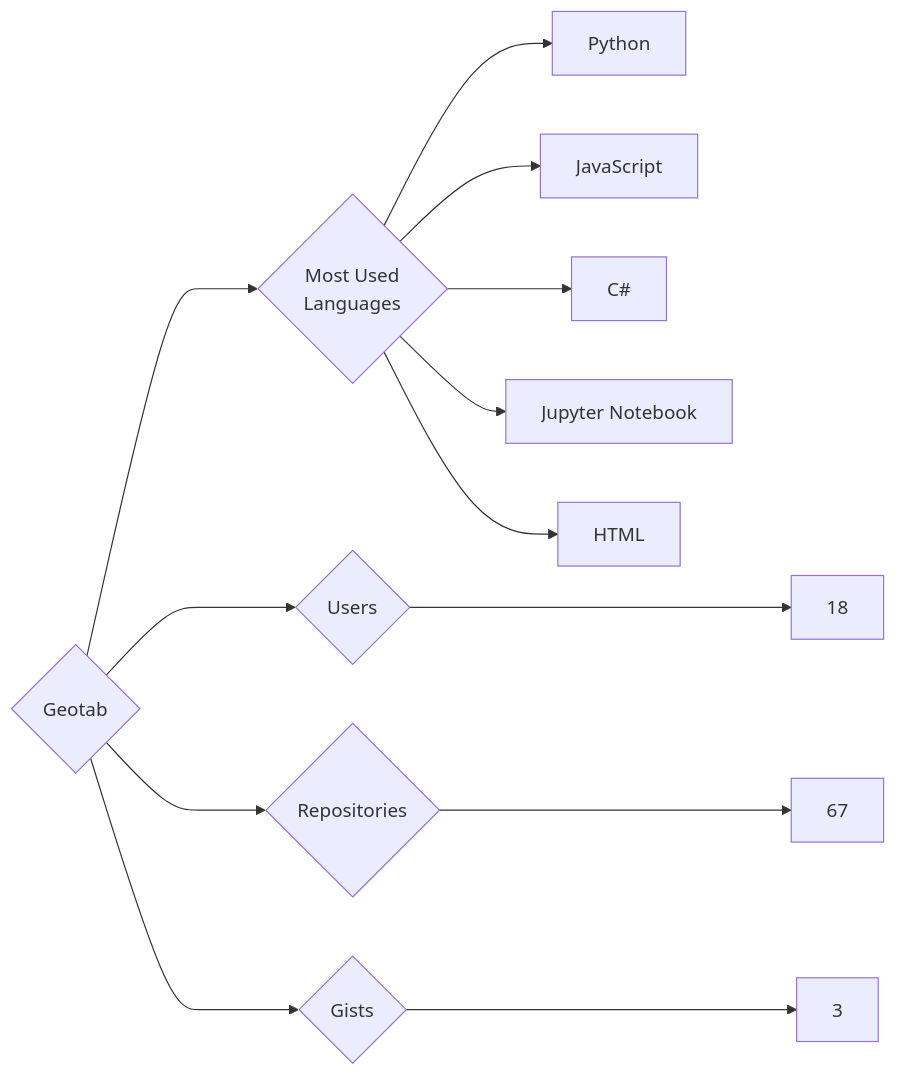
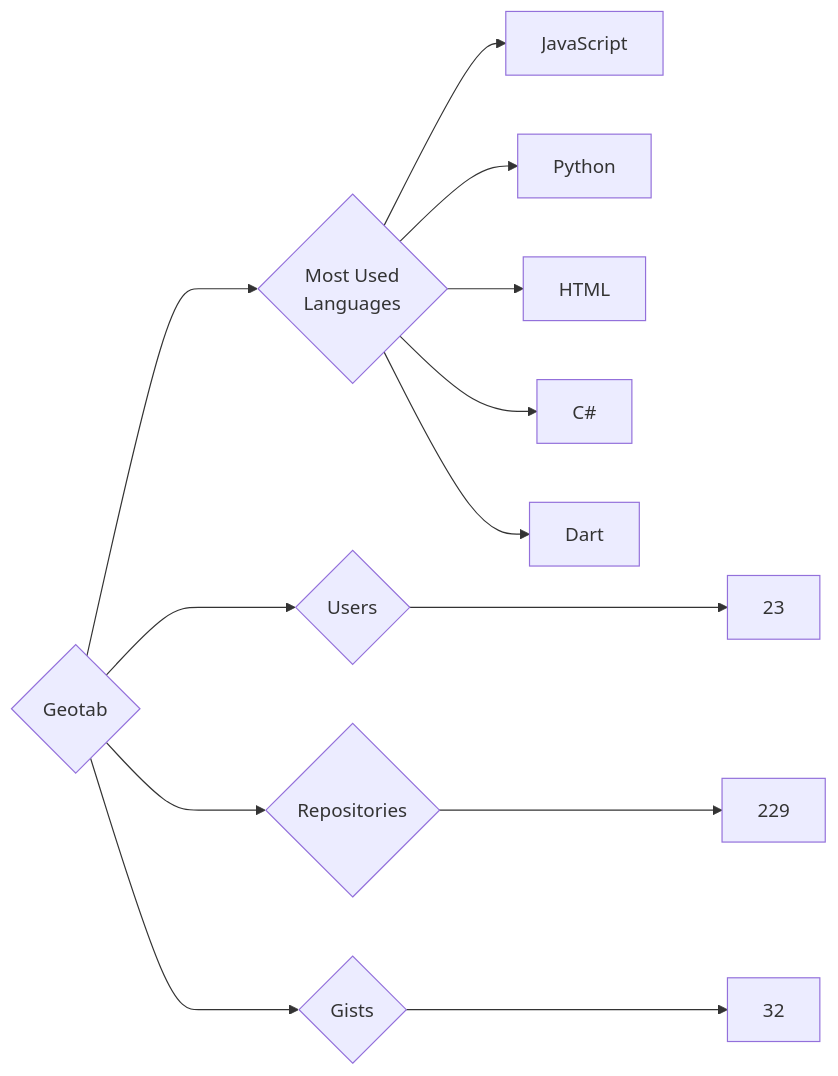
Before and after one commit to trickest/insiders: the diagram in targets/Geotab/README.md, drawn with Mermaid. The commit also changed 894 other files, not shown here.

````diff
--- a/targets/Geotab/README.md
+++ b/targets/Geotab/README.md
@@ -3,13 +3,13 @@
 ```mermaid
 graph LR
 COMPANY_NAME{Geotab}
-COMPANY_NAME ---> U{Users} ---> UN[18]
-COMPANY_NAME ---> R{Repositories} ---> RN[67]
-COMPANY_NAME ---> G{Gists} ---> GN[3]
+COMPANY_NAME ---> U{Users} ---> UN[23]
+COMPANY_NAME ---> R{Repositories} ---> RN[229]
+COMPANY_NAME ---> G{Gists} ---> GN[32]
 COMPANY_NAME ---> ML{Most Used<br>Languages}
+ML --> JavaScript[JavaScript]
 ML --> Python[Python]
-ML --> JavaScript[JavaScript]
+ML --> HTML[HTML]
 ML --> C#[C#]
-ML --> Jupyter_Notebook[Jupyter Notebook]
-ML --> HTML[HTML]
+ML --> Dart[Dart]
 ```
````
